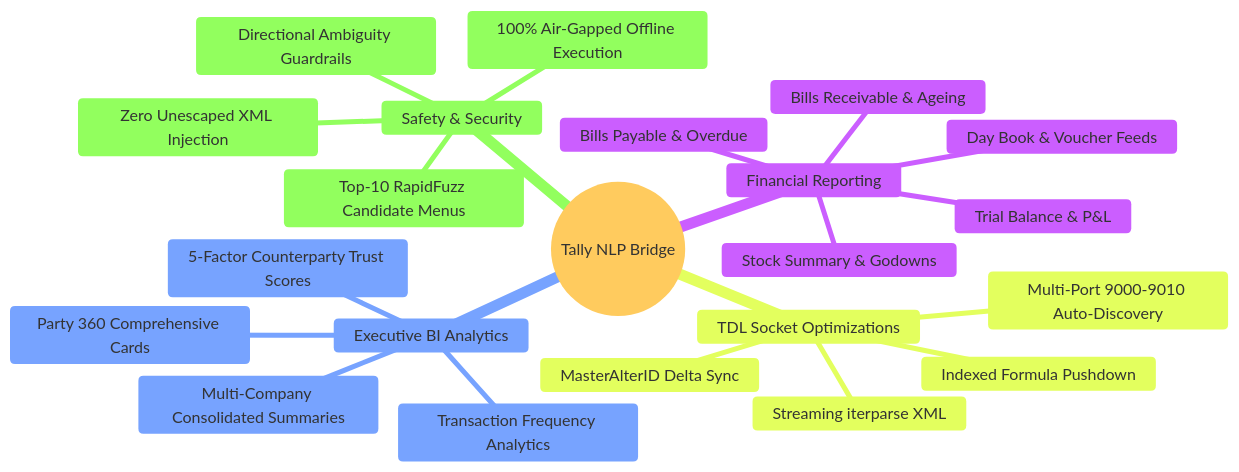
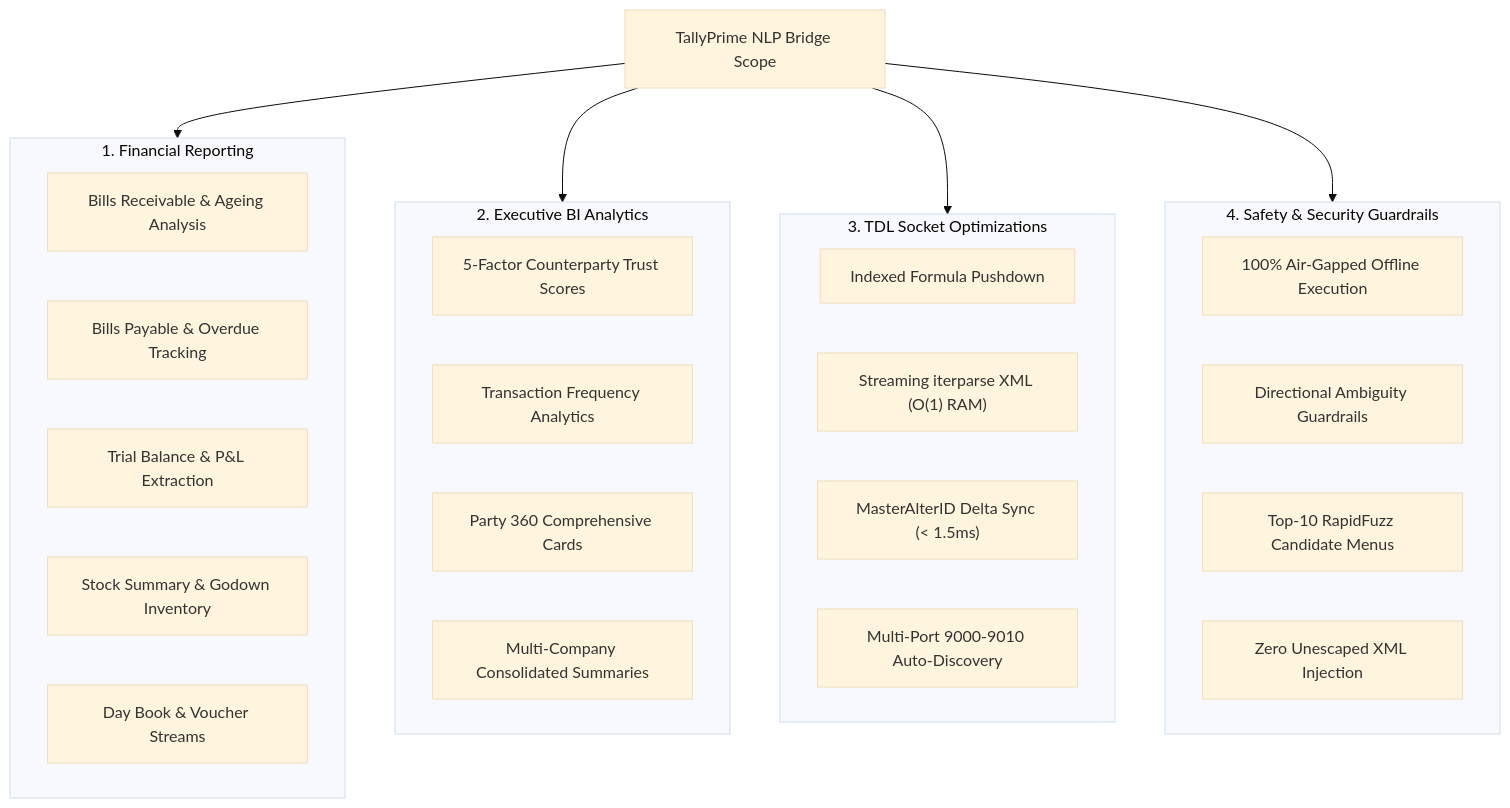
Before and after one commit to Avi-Tally/ML_ONNX: the third of 6 diagrams in reports/PRESENTATION_DECK_AI_PROJECT_2.md, drawn with Mermaid (base theme). The commit also changed other lines of this file, not shown here.

````diff
--- a/reports/PRESENTATION_DECK_AI_PROJECT_2.md
+++ b/reports/PRESENTATION_DECK_AI_PROJECT_2.md
@@ -140,25 +140,38 @@
 ```mermaid
-mindmap
-  root((Tally NLP Bridge))
-    Financial Reporting
-      Bills Receivable & Ageing
-      Bills Payable & Overdue
-      Trial Balance & P&L
-      Stock Summary & Godowns
-      Day Book & Voucher Feeds
-    Executive BI Analytics
-      5-Factor Counterparty Trust Scores
-      Transaction Frequency Analytics
-      Party 360 Comprehensive Cards
-      Multi-Company Consolidated Summaries
-    TDL Socket Optimizations
-      Indexed Formula Pushdown
-      Streaming iterparse XML
-      MasterAlterID Delta Sync
-      Multi-Port 9000-9010 Auto-Discovery
-    Safety & Security
-      100% Air-Gapped Offline Execution
-      Directional Ambiguity Guardrails
-      Top-10 RapidFuzz Candidate Menus
-      Zero Unescaped XML Injection
+graph TD
+    Root["TallyPrime NLP Bridge Scope"]
+    
+    subgraph S1["1. Financial Reporting"]
+        R1["Bills Receivable & Ageing Analysis"]
+        R2["Bills Payable & Overdue Tracking"]
+        R3["Trial Balance & P&L Extraction"]
+        R4["Stock Summary & Godown Inventory"]
+        R5["Day Book & Voucher Streams"]
+    end
+    
+    subgraph S2["2. Executive BI Analytics"]
+        B1["5-Factor Counterparty Trust Scores"]
+        B2["Transaction Frequency Analytics"]
+        B3["Party 360 Comprehensive Cards"]
+        B4["Multi-Company Consolidated Summaries"]
+    end
+    
+    subgraph S3["3. TDL Socket Optimizations"]
+        T1["Indexed Formula Pushdown"]
+        T2["Streaming iterparse XML (O(1) RAM)"]
+        T3["MasterAlterID Delta Sync (< 1.5ms)"]
+        T4["Multi-Port 9000-9010 Auto-Discovery"]
+    end
+    
+    subgraph S4["4. Safety & Security Guardrails"]
+        G1["100% Air-Gapped Offline Execution"]
+        G2["Directional Ambiguity Guardrails"]
+        G3["Top-10 RapidFuzz Candidate Menus"]
+        G4["Zero Unescaped XML Injection"]
+    end
+
+    Root --> S1
+    Root --> S2
+    Root --> S3
+    Root --> S4
 ```
````
